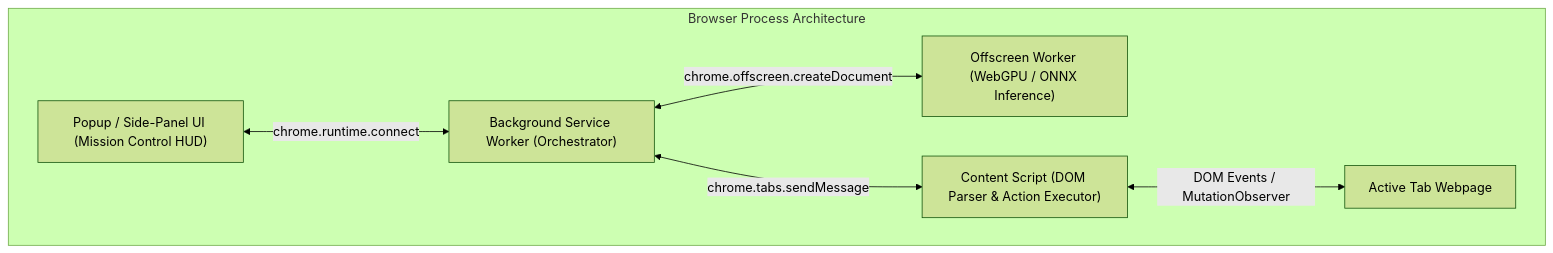
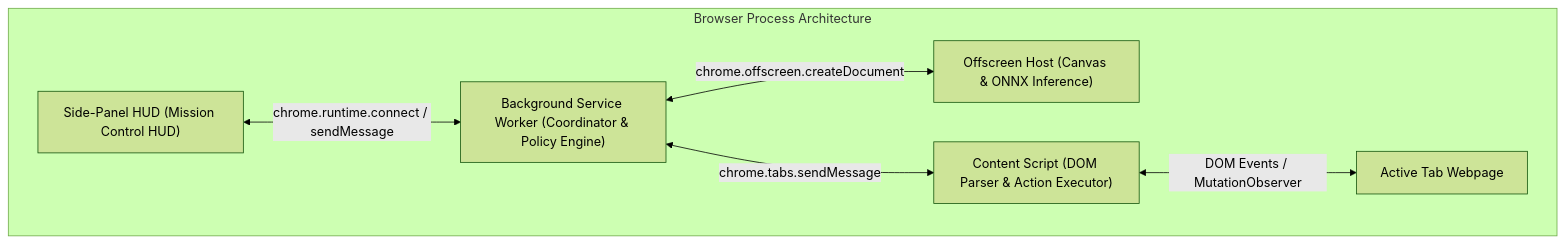
Before and after one commit to kushagara175/comet_browser_agent: the diagram in docs/04_BROWSER_AUTOMATION_CANVAS.md, drawn with Mermaid (forest theme). The commit also changed other lines of this file and 110 other files, not shown here.

Commit message:
feat(privapilot): complete privacy-preserving perception, multi-step agent loop, honest benchmark, and mission control HUD

````diff
--- a/docs/04_BROWSER_AUTOMATION_CANVAS.md
+++ b/docs/04_BROWSER_AUTOMATION_CANVAS.md
@@ -7,15 +7,15 @@
 ```mermaid
 flowchart TD
     subgraph Browser_Environment ["Browser Process Architecture"]
-        Popup["Popup / Side-Panel UI (Mission Control HUD)"]
-        Background["Background Service Worker (Orchestrator)"]
-        Offscreen["Offscreen Worker (WebGPU / ONNX Inference)"]
+        Popup["Side-Panel HUD (Mission Control HUD)"]
+        Background["Background Service Worker (Coordinator & Policy Engine)"]
+        Offscreen["Offscreen Host (Canvas & ONNX Inference)"]
         ContentScript["Content Script (DOM Parser & Action Executor)"]
         LivePage["Active Tab Webpage"]
     end
 
-    Popup <-->|chrome.runtime.connect| Background
+    Popup <-->|chrome.runtime.connect / sendMessage| Background
     Background <-->|chrome.offscreen.createDocument| Offscreen
     Background <-->|chrome.tabs.sendMessage| ContentScript
     ContentScript <-->|DOM Events / MutationObserver| LivePage
 ```
````
